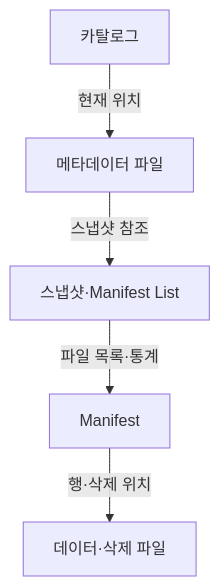
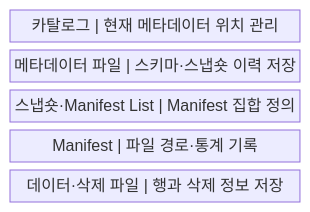
Before and after one commit to agnusdei1207/knowledge-base: the first of 2 diagrams in src/content/docs/notes/03-software/128_apache_iceberg.md, drawn with Mermaid. The commit also changed other lines of this file and 20 other files, not shown here.

````diff
--- a/src/content/docs/notes/03-software/128_apache_iceberg.md
+++ b/src/content/docs/notes/03-software/128_apache_iceberg.md
@@ -61,7 +57,9 @@
 ```mermaid
-flowchart TB
-    C[카탈로그] -->|현재 위치| M[메타데이터 파일]
-    M -->|스냅샷 참조| S[스냅샷·Manifest List]
-    S -->|파일 목록·통계| F[Manifest]
-    F -->|행·삭제 위치| D[데이터·삭제 파일]
+block
+    columns 1
+    A["카탈로그 | 현재 메타데이터 위치 관리"]
+    B["메타데이터 파일 | 스키마·스냅숏 이력 저장"]
+    C["스냅숏·Manifest List | Manifest 집합 정의"]
+    D["Manifest | 파일 경로·통계 기록"]
+    E["데이터·삭제 파일 | 행과 삭제 정보 저장"]
 ```
````
